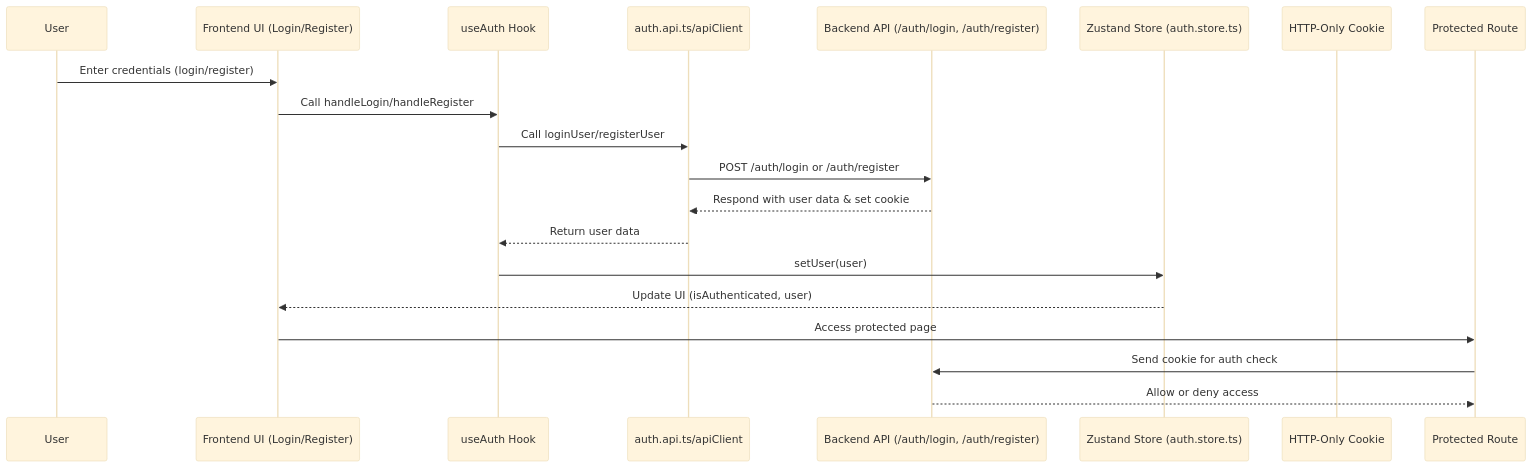
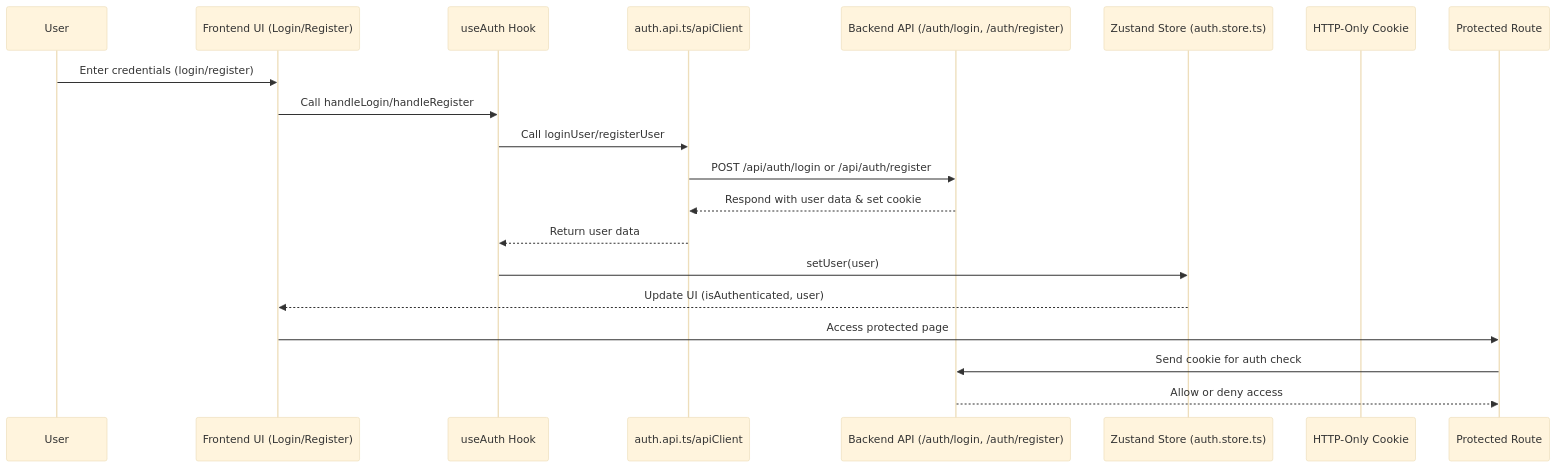
One commit to subaspanta/himvidhya-frontend changed the second of 2 diagrams in docs/global-state-auth.md. Above: the diagram before and after it, drawn with Mermaid (base theme). The commit also changed other lines of this file and 4 other files, not shown here.

Commit message:
feat(auth): update API endpoints and enhance authentication state management

````diff
--- a/docs/global-state-auth.md
+++ b/docs/global-state-auth.md
@@ -131,23 +131,23 @@
 ```mermaid
 sequenceDiagram
     participant User
     participant UI as Frontend UI (Login/Register)
     participant useAuth as useAuth Hook
     participant api as auth.api.ts/apiClient
     participant BE as Backend API (/auth/login, /auth/register)
     participant Store as Zustand Store (auth.store.ts)
     participant Cookie as HTTP-Only Cookie
     participant Protected as Protected Route
 
     User->>UI: Enter credentials (login/register)
     UI->>useAuth: Call handleLogin/handleRegister
     useAuth->>api: Call loginUser/registerUser
-    api->>BE: POST /auth/login or /auth/register
+    api->>BE: POST /api/auth/login or /api/auth/register
     BE-->>api: Respond with user data & set cookie
     api-->>useAuth: Return user data
     useAuth->>Store: setUser(user)
     Store-->>UI: Update UI (isAuthenticated, user)
     UI->>Protected: Access protected page
     Protected->>BE: Send cookie for auth check
     BE-->>Protected: Allow or deny access
 ```
````
